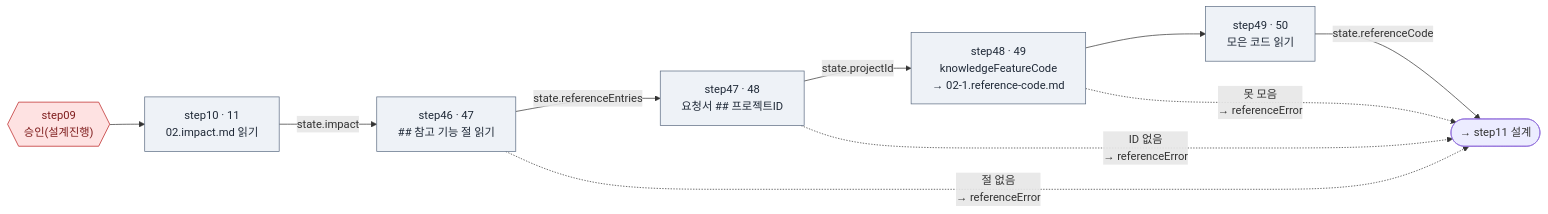
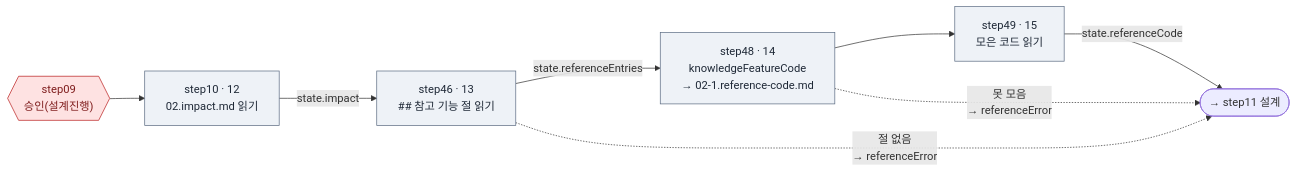
Before and after one commit to YongSoekChoeng/dstone: the eighth of 24 diagrams in docs/09.dstone-ai-engine-sm-workflow.md, drawn with Mermaid. The commit also changed other lines of this file and 27 other files, not shown here.

````diff
--- a/docs/09.dstone-ai-engine-sm-workflow.md
+++ b/docs/09.dstone-ai-engine-sm-workflow.md
@@ -693,15 +694,13 @@
 ```mermaid
 flowchart LR
-    step09{{"step09<br/>승인(설계진행)"}}:::appr --> step10["step10 · 11<br/>02.impact.md 읽기"]:::tool
-    step10 -->|state.impact| step46["step46 · 47<br/>## 참고 기능 절 읽기"]:::tool
-    step46 -->|state.referenceEntries| step47["step47 · 48<br/>요청서 ## 프로젝트ID"]:::tool
-    step47 -->|state.projectId| step48["step48 · 49<br/>knowledgeFeatureCode<br/>→ 02-1.reference-code.md"]:::tool
-    step48 --> step49["step49 · 50<br/>모은 코드 읽기"]:::tool
+    step09{{"step09<br/>승인(설계진행)"}}:::appr --> step10["step10 · 12<br/>02.impact.md 읽기"]:::tool
+    step10 -->|state.impact| step46["step46 · 13<br/>## 참고 기능 절 읽기"]:::tool
+    step46 -->|state.referenceEntries| step48["step48 · 14<br/>knowledgeFeatureCode<br/>→ 02-1.reference-code.md"]:::tool
+    step48 --> step49["step49 · 15<br/>모은 코드 읽기"]:::tool
     step49 -->|state.referenceCode| step11(["→ step11 설계"])
     step46 -.->|"절 없음<br/>→ referenceError"| step11
-    step47 -.->|"ID 없음<br/>→ referenceError"| step11
     step48 -.->|"못 모음<br/>→ referenceError"| step11
 
     classDef tool fill:#eef2f7,stroke:#5b6b82,color:#1f2937
     classDef appr fill:#fee2e2,stroke:#b91c1c,color:#7f1d1d
 ```
````
